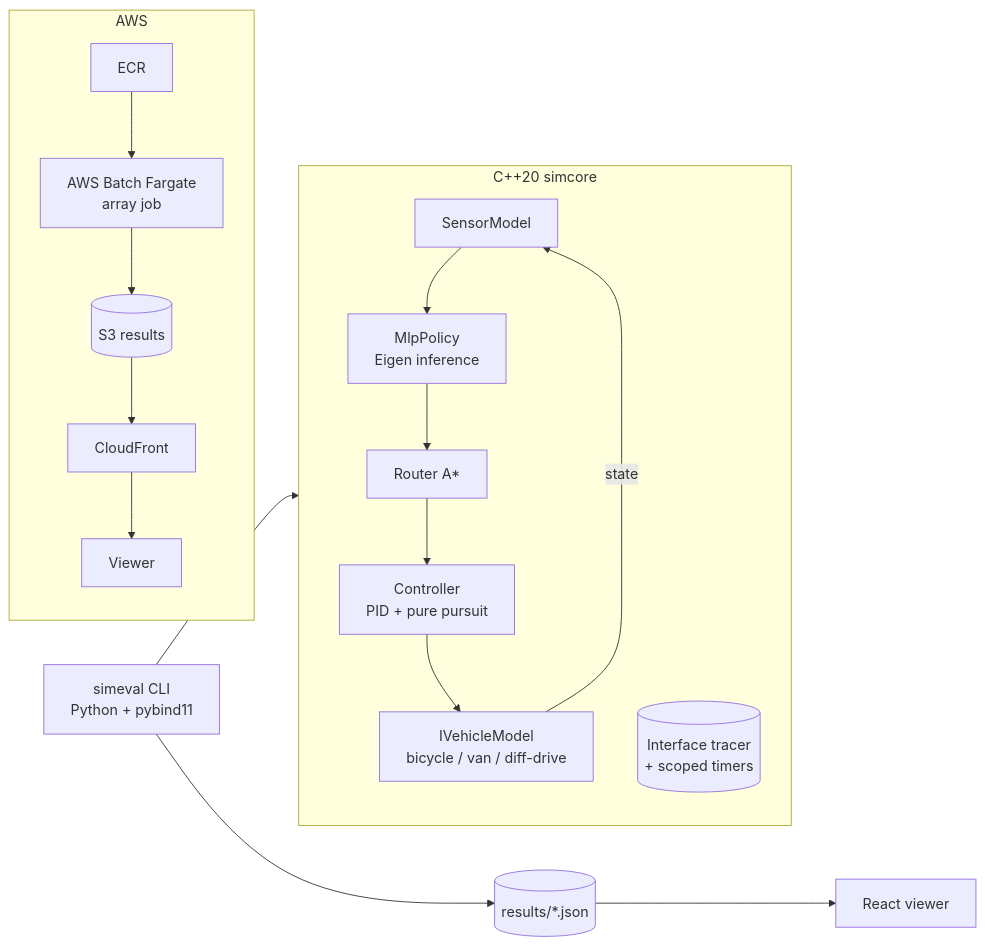
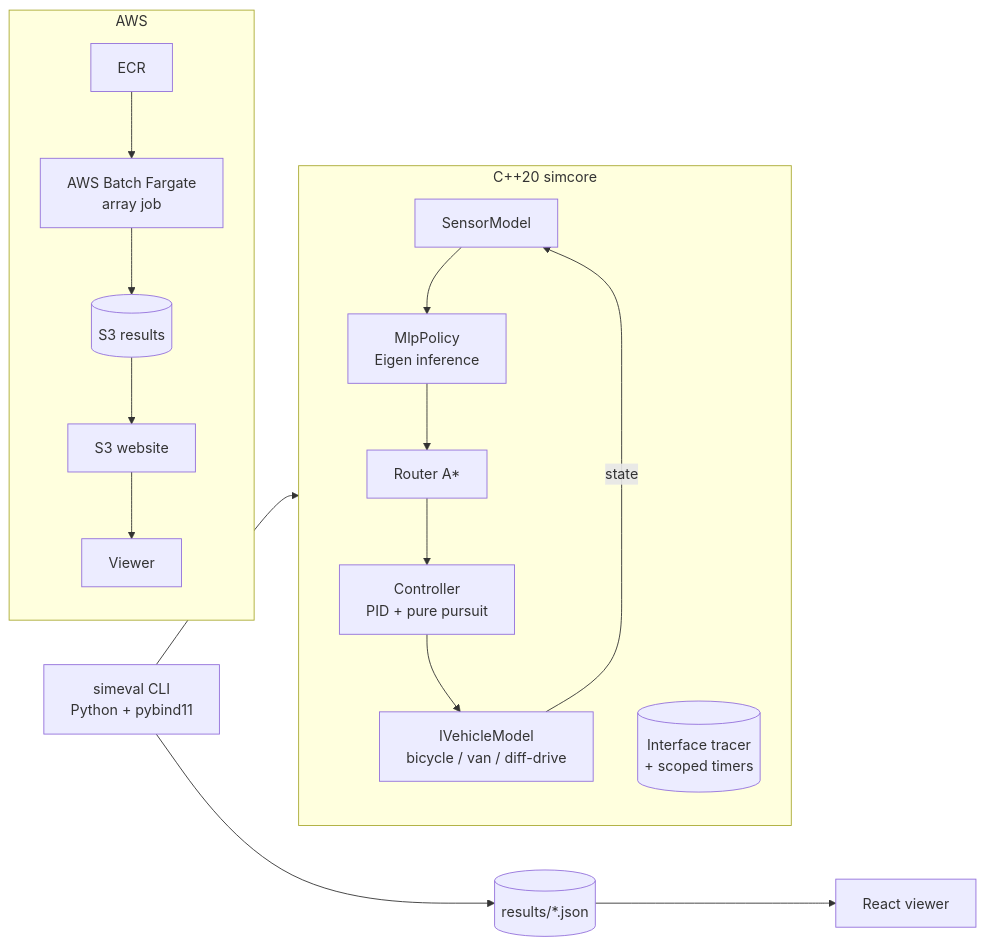
Before and after one commit to mini4141/drive-sim-eval: the diagram in README.md, drawn with Mermaid. The commit also changed other lines of this file, not shown here.

Commit message:
docs: README reflects S3 website hosting

````diff
--- a/README.md
+++ b/README.md
@@ -14,19 +14,19 @@
 ```mermaid
 flowchart LR
   subgraph core["C++20 simcore"]
     S[SensorModel] --> P[MlpPolicy<br/>Eigen inference]
     P --> R[Router A*]
     R --> C[Controller<br/>PID + pure pursuit]
     C --> V[IVehicleModel<br/>bicycle / van / diff-drive]
     V -->|state| S
     T[(Interface tracer<br/>+ scoped timers)]
   end
   CLI[simeval CLI<br/>Python + pybind11] --> core
   CLI --> RES[(results/*.json)]
   RES --> UI[React viewer]
   subgraph aws[AWS]
     ECR --> BATCH[AWS Batch Fargate<br/>array job]
     BATCH --> S3R[(S3 results)]
-    S3R --> CF[CloudFront] --> UI2[Viewer]
+    S3R --> WEB[S3 website] --> UI2[Viewer]
   end
 ```
````
